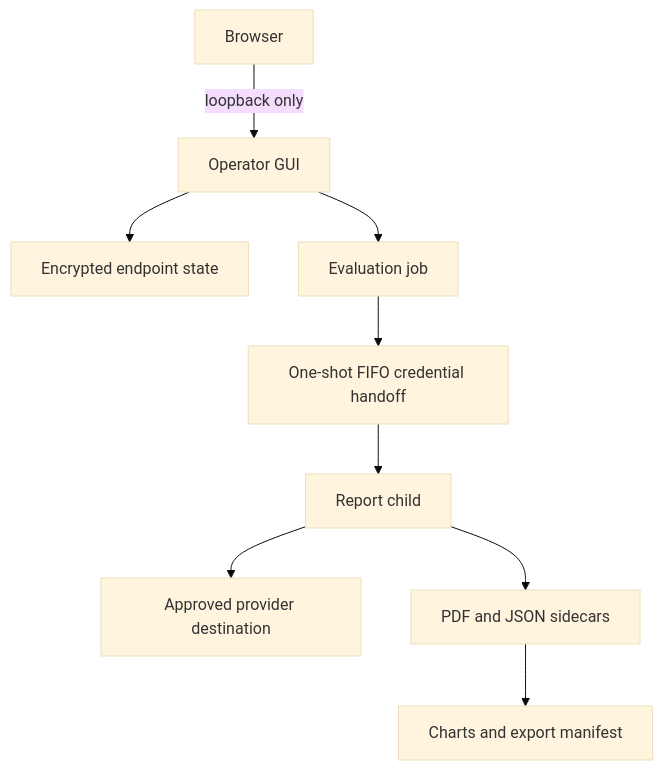
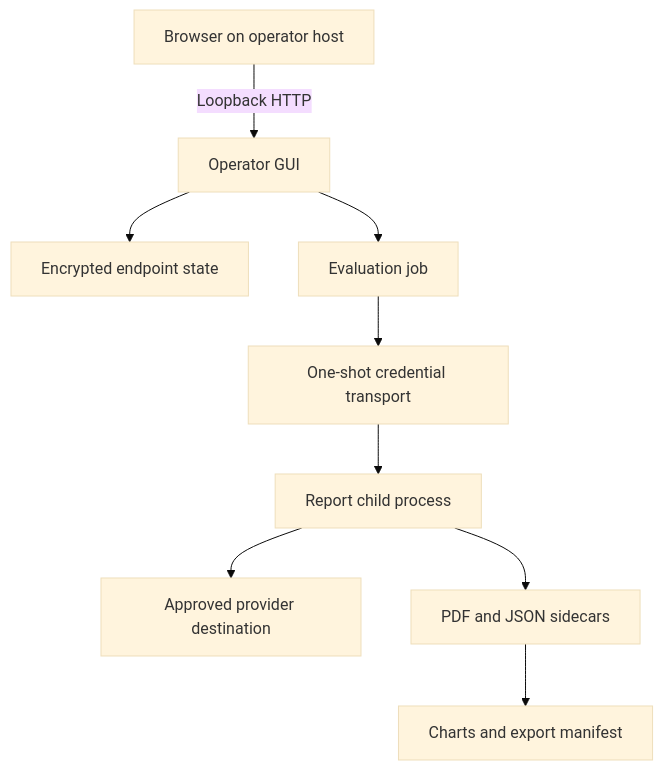
The third of 6 diagrams in README.md (Runndownn/Wilson-Eval3ngine-), drawn with Mermaid (base theme) before and after one commit. The commit also changed other lines of this file, not shown here.

Commit message:
docs(readme): deliver enterprise architecture and evidence guide

````diff
--- a/README.md
+++ b/README.md
@@ -35,11 +130,11 @@
 ```mermaid
 flowchart TB
-    B[Browser] -->|loopback only| G[Operator GUI]
+    B[Browser on operator host] -->|Loopback HTTP| G[Operator GUI]
     G --> S[Encrypted endpoint state]
     G --> J[Evaluation job]
-    J --> F[One-shot FIFO credential handoff]
-    F --> R[Report child]
+    J --> F[One-shot credential transport]
+    F --> R[Report child process]
     R --> P[Approved provider destination]
     R --> O[PDF and JSON sidecars]
     O --> C[Charts and export manifest]
 ```
````
